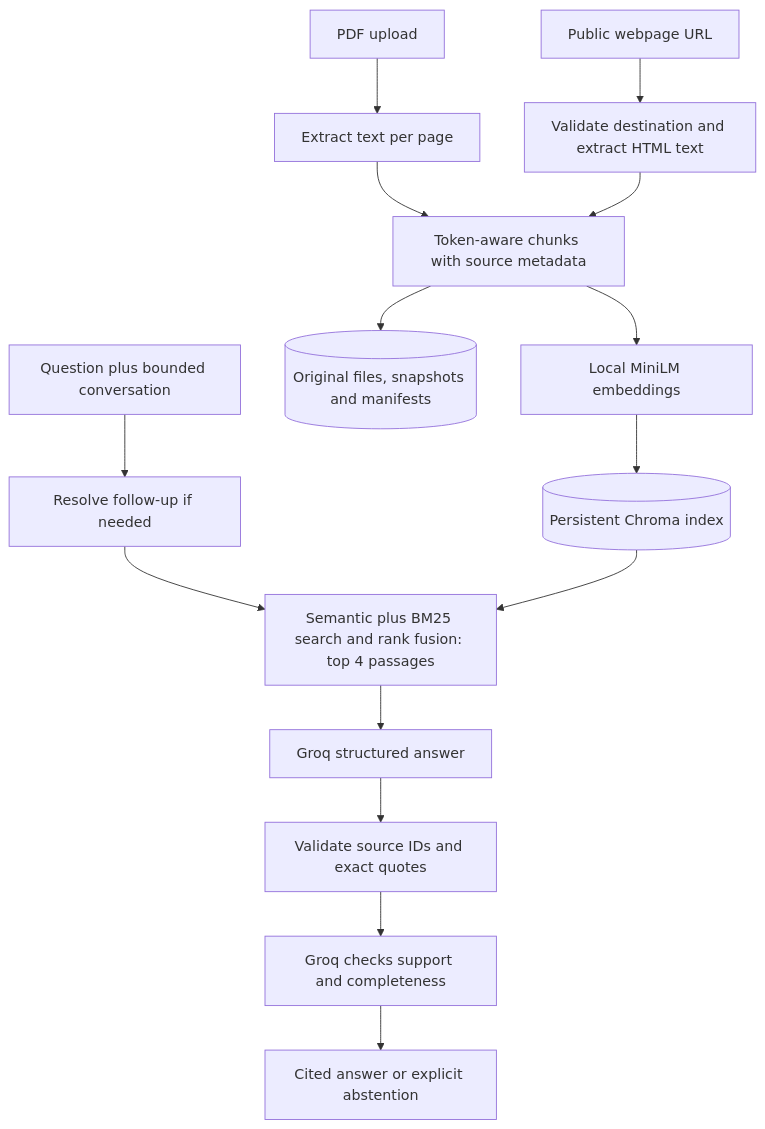
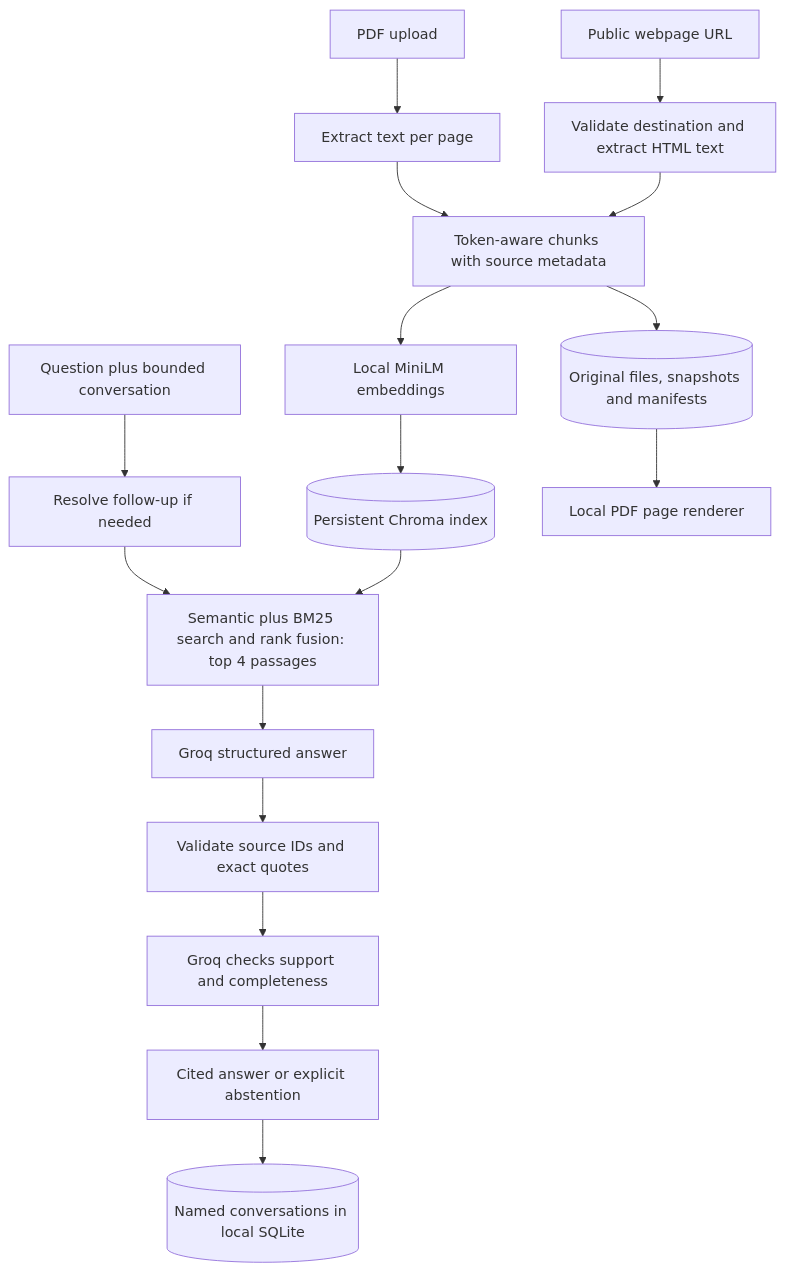
The diagram in docs/architecture.md (Ritik-rao8/Rag-Chatbot), drawn with Mermaid before and after one commit. The commit also changed other lines of this file and 17 other files, not shown here.

Commit message:
added pdf preview

````diff
--- a/docs/architecture.md
+++ b/docs/architecture.md
@@ -3,17 +3,19 @@
 ```mermaid
 flowchart TD
     PDF[PDF upload] --> Extract[Extract text per page]
     URL[Public webpage URL] --> Fetch[Validate destination and extract HTML text]
     Extract --> Split[Token-aware chunks with source metadata]
     Fetch --> Split
     Split --> Embed[Local MiniLM embeddings]
     Embed --> Chroma[(Persistent Chroma index)]
     Split --> Files[(Original files, snapshots and manifests)]
     Question[Question plus bounded conversation] --> Rewrite[Resolve follow-up if needed]
     Rewrite --> Retrieve[Semantic plus BM25 search and rank fusion: top 4 passages]
     Chroma --> Retrieve
     Retrieve --> Groq[Groq structured answer]
     Groq --> Check[Validate source IDs and exact quotes]
     Check --> Verify[Groq checks support and completeness]
     Verify --> UI[Cited answer or explicit abstention]
+    UI --> Chats[(Named conversations in local SQLite)]
+    Files --> Preview[Local PDF page renderer]
 ```
````
